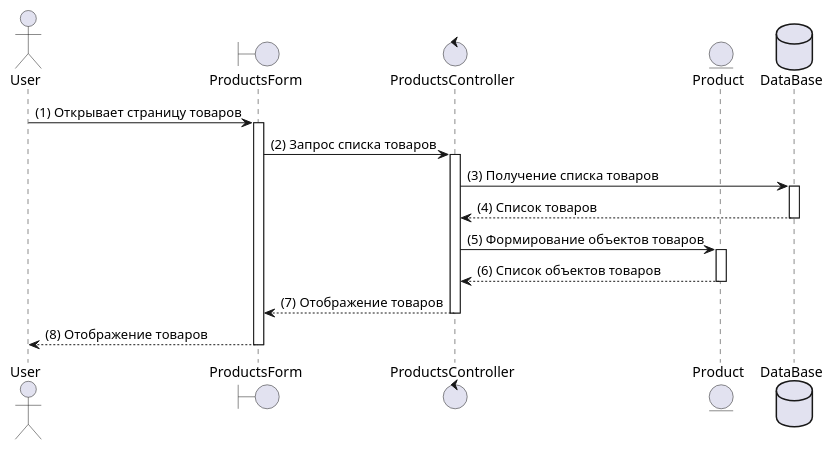
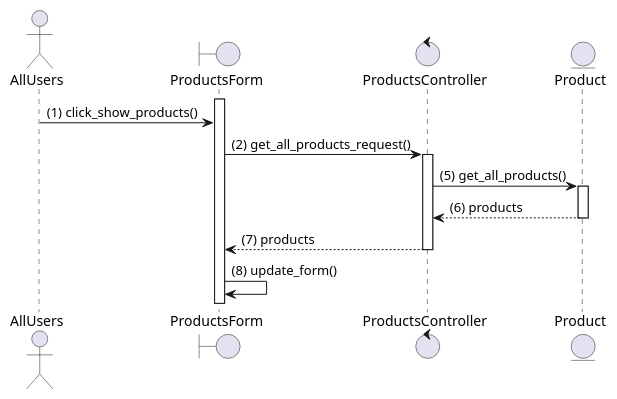
One commit to UraharaKiska/umlk_diagram changed the diagram in laba_1-4/sequence/all_users/view_list_prodocts.puml. Above: the diagram before and after it, drawn with PlantUML. The commit also changed 16 other files, not shown here.

```diff
--- a/laba_1-4/sequence/all_users/view_list_prodocts.puml
+++ b/laba_1-4/sequence/all_users/view_list_prodocts.puml
@@ -1,32 +1,32 @@
 @startuml
-actor User
+actor AllUsers
 boundary ProductsForm
 control ProductsController
 entity Product
-database DataBase
+' database DataBase
 
-User -> ProductsForm : (1) Открывает страницу товаров
 activate ProductsForm
+AllUsers -> ProductsForm : (1) click_show_products()
 
-ProductsForm -> ProductsController : (2) Запрос списка товаров
+ProductsForm -> ProductsController : (2) get_all_products_request()
 activate ProductsController
 
-ProductsController -> DataBase : (3) Получение списка товаров
-activate DataBase
+' ProductsController -> DataBase : (3) Получение списка товаров
+' activate DataBase
 
-DataBase --> ProductsController : (4) Список товаров
-deactivate DataBase
+' DataBase --> ProductsController : (4) Список товаров
+' deactivate DataBase
 
-ProductsController -> Product : (5) Формирование объектов товаров
+ProductsController -> Product : (5) get_all_products()
 activate Product
 
-Product --> ProductsController : (6) Список объектов товаров
+Product --> ProductsController : (6) products
 deactivate Product
 
-ProductsController --> ProductsForm : (7) Отображение товаров
+ProductsController --> ProductsForm : (7) products
 deactivate ProductsController
 
-ProductsForm --> User : (8) Отображение товаров
-deactivate ProductsForm
+ProductsForm -> ProductsForm : (8) update_form()
+
 
 @enduml
```
